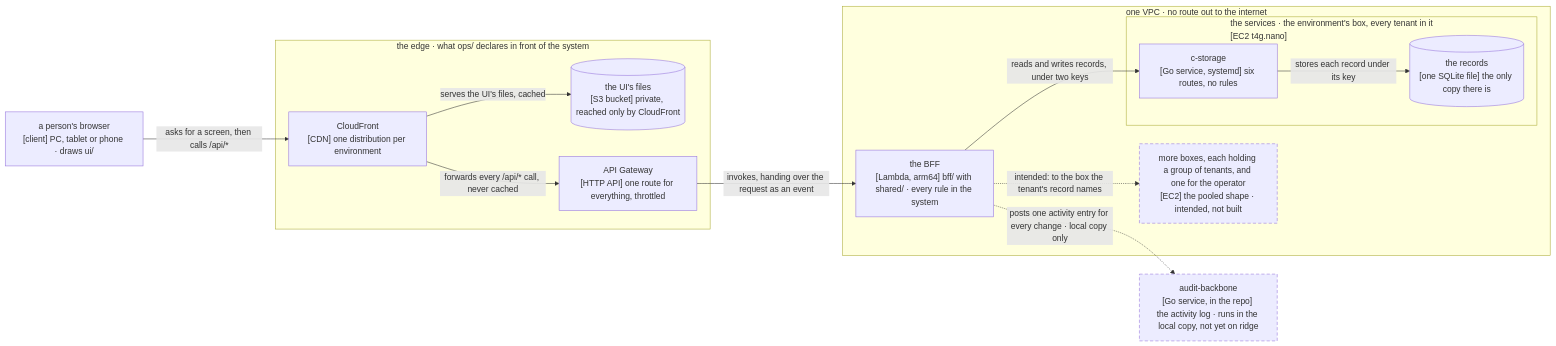
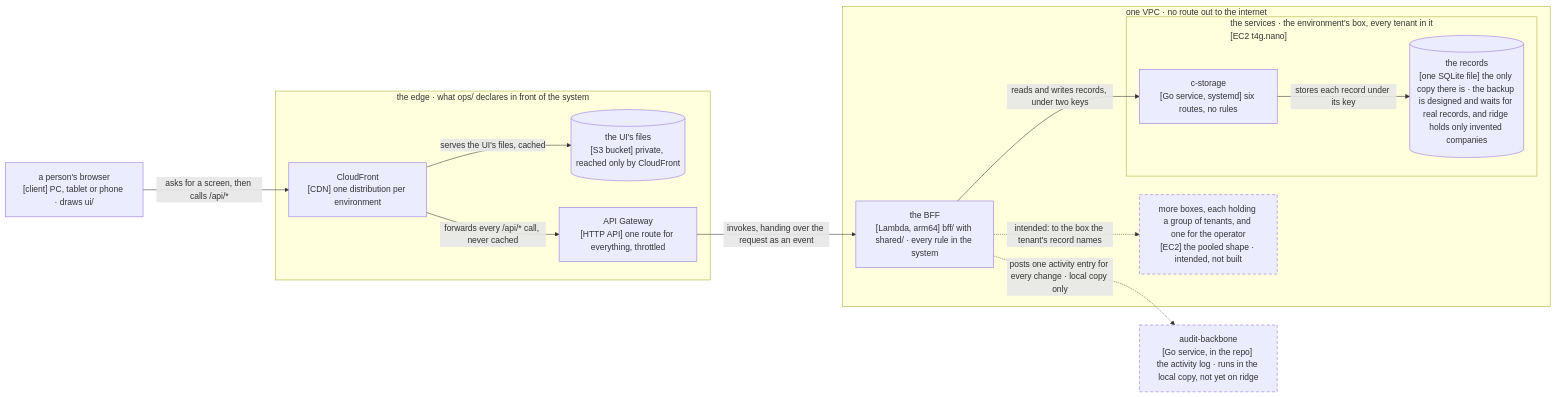
Before and after one commit to ancJ29/credo: the diagram in docs/architecture.md, drawn with Mermaid. The commit also changed other lines of this file and 1 other file, not shown here.

First line of the commit message:
docs(architecture): five short fixes where the page misled a reader, and the open-items log owed to the citation check

````diff
--- a/docs/architecture.md
+++ b/docs/architecture.md
@@ -20,28 +20,28 @@
 ```mermaid
 flowchart LR
   browser["a person's browser<br/>[client] PC, tablet or phone · draws ui/"]
   subgraph edge["the edge · what ops/ declares in front of the system"]
     cdn["CloudFront<br/>[CDN] one distribution per environment"]
     s3[("the UI's files<br/>[S3 bucket] private, reached only by CloudFront")]
     api["API Gateway<br/>[HTTP API] one route for everything, throttled"]
   end
   subgraph vpc["one VPC · no route out to the internet"]
     bff["the BFF<br/>[Lambda, arm64] bff/ with shared/ · every rule in the system"]
     subgraph box["the services · the environment's box, every tenant in it<br/>[EC2 t4g.nano]"]
       cs["c-storage<br/>[Go service, systemd] six routes, no rules"]
-      db[("the records<br/>[one SQLite file] the only copy there is")]
+      db[("the records<br/>[one SQLite file] the only copy there is · the backup is designed and waits for real records, and ridge holds only invented companies")]
     end
     more["more boxes, each holding a group of tenants, and one for the operator<br/>[EC2] the pooled shape · intended, not built"]
   end
   ab["audit-backbone<br/>[Go service, in the repo] the activity log · runs in the local copy, not yet on ridge"]
   browser -- "asks for a screen, then calls /api/*" --> cdn
   cdn -- "serves the UI's files, cached" --> s3
   cdn -- "forwards every /api/* call, never cached" --> api
   api -- "invokes, handing over the request as an event" --> bff
   bff -- "reads and writes records, under two keys" --> cs
   cs -- "stores each record under its key" --> db
   bff -. "posts one activity entry for every change · local copy only" .-> ab
   bff -. "intended: to the box the tenant's record names" .-> more
   classDef intended stroke-dasharray: 6 4
   class ab,more intended
 ```
````
